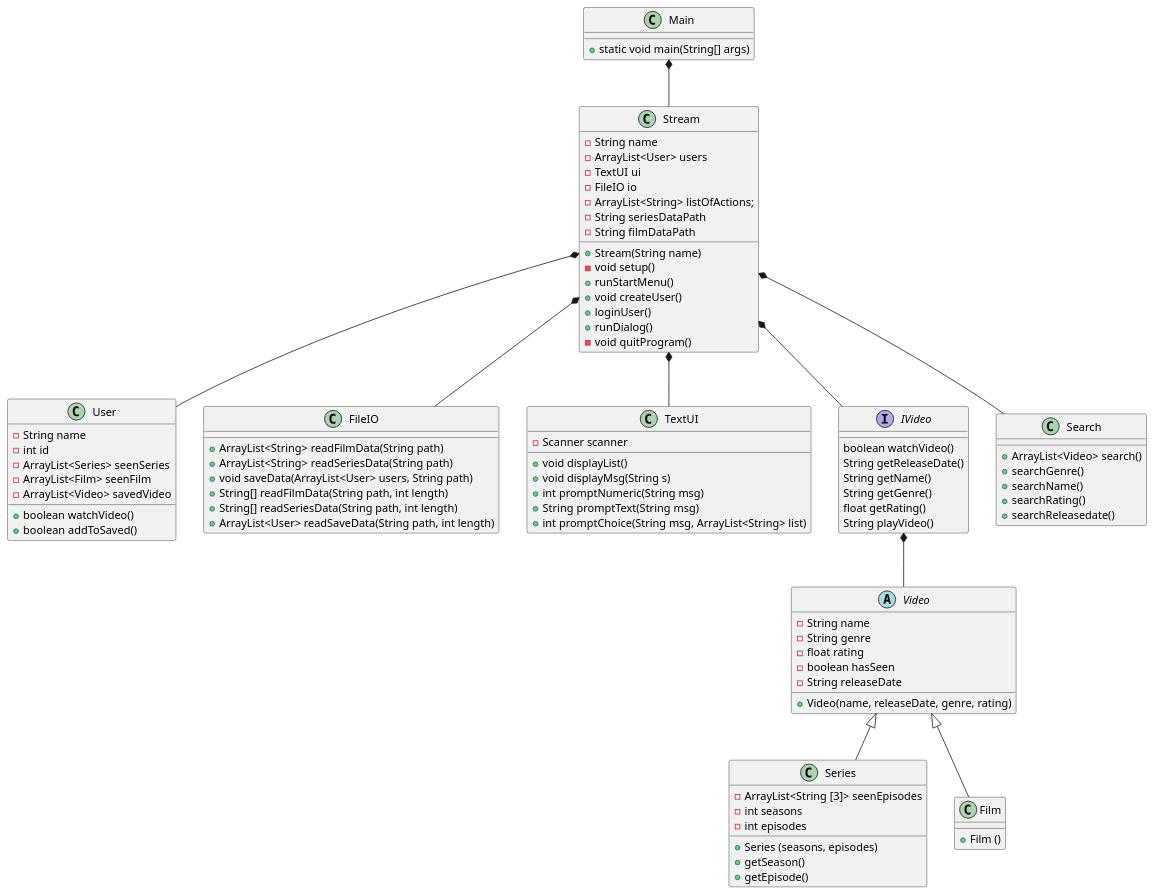
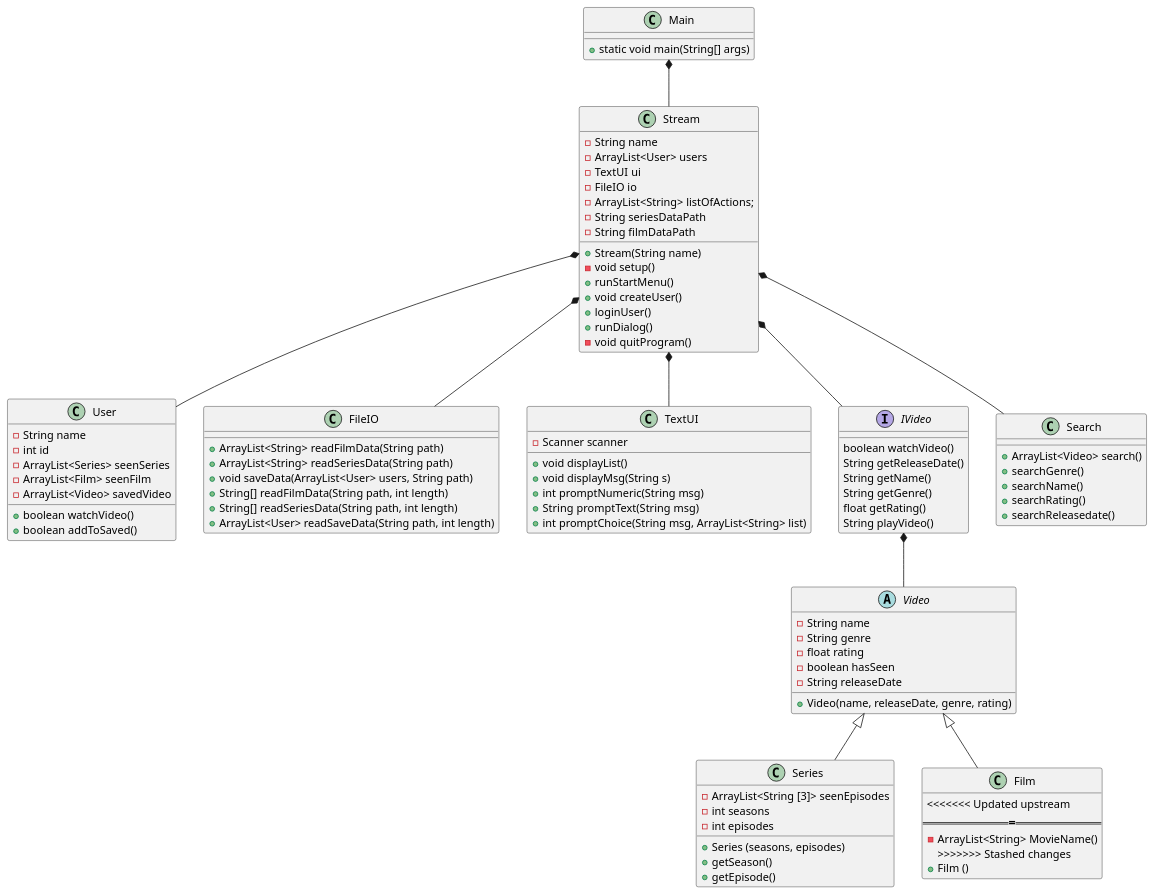
One commit to Gervig/SP3-Gruppe-C changed the diagram in doc/Plan/static/classdiagram.puml. Above: the diagram before and after it, drawn with PlantUML.

```diff
--- a/doc/Plan/static/classdiagram.puml
+++ b/doc/Plan/static/classdiagram.puml
@@ -1,121 +1,125 @@
 @startuml
 'https://plantuml.com/class-diagram
 
 class Main{
 + static void main(String[] args)
 }
 
 class Stream{
 - String name
 'utilities
 - ArrayList<User> users
 - TextUI ui
 - FileIO io
 - ArrayList<String> listOfActions;
 - String seriesDataPath
 - String filmDataPath
 'constructor
 + Stream(String name)
 'methods
 - void setup()
 ' setup er til er at læse data
 + runStartMenu()
 + void createUser()
 ' skal createUser være void? Det er den i matador
 ' createUser skal vel checke om der er andre med det brugernavn
 + loginUser()
 ' skal loginUser være void?
-' den skal vel checke om der er en user med det username
+' den skal vel checke om der er en user med det username og tjekke om loginnet er korrekt
 + runDialog()
 ' i runDialog kan man vælge at søge
 - void quitProgram()
 }
 
 
 class User{
 - String name
 - int id
 - ArrayList<Series> seenSeries
 - ArrayList<Film> seenFilm
 - ArrayList<Video> savedVideo
 + boolean watchVideo()
 + boolean addToSaved()
 }
 
 class FileIO{
 + ArrayList<String> readFilmData(String path)
 + ArrayList<String> readSeriesData(String path)
 + void saveData(ArrayList<User> users, String path)
 + String[] readFilmData(String path, int length)
 + String[] readSeriesData(String path, int length)
 + ArrayList<User> readSaveData(String path, int length)
 }
 
 class TextUI{
 - Scanner scanner
 + void displayList()
 + void displayMsg(String s)
 + int promptNumeric(String msg)
 + String promptText(String msg)
 + int promptChoice(String msg, ArrayList<String> list)
 }
 
 interface IVideo {
 boolean watchVideo()
 String getReleaseDate()
 String getName()
 String getGenre()
 float getRating()
 String playVideo()
 }
 
 abstract Class Video{
 - String name
 - String genre
 - float rating
 - boolean hasSeen
 - String releaseDate
 'constructor
 + Video(name, releaseDate, genre, rating)
 }
 
 class Series{
 - ArrayList<String [3]> seenEpisodes
 - int seasons
 - int episodes
 + Series (seasons, episodes)
 + getSeason()
 + getEpisode()
 }
 
 class Film {
+<<<<<<< Updated upstream
+=======
+- ArrayList<String> MovieName()
+>>>>>>> Stashed changes
 'constructor
 + Film ()
 }
 
 
 class Search{
 + ArrayList<Video> search()
 'methods til de forskellige søgemuligheder
 ' Skal disse returnere objekterne fra video?
 + searchGenre()
 + searchName()
 + searchRating()
 + searchReleasedate()
 'skal vi have funktioner der kun søger blandt serier og film adskilt?
 }
 
 IVideo *-- Video
 
 Video <|-- Series
 Video <|-- Film
 
 Main *-- Stream
 
 Stream *-- User
 Stream *-- FileIO
 Stream *-- TextUI
 Stream *-- IVideo
 Stream *-- Search
 
 @enduml
```
